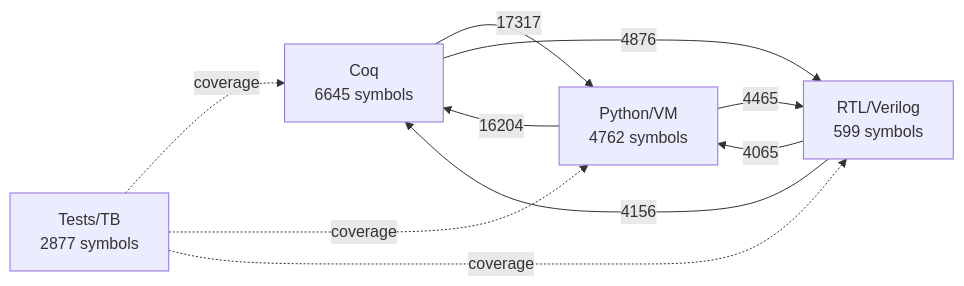
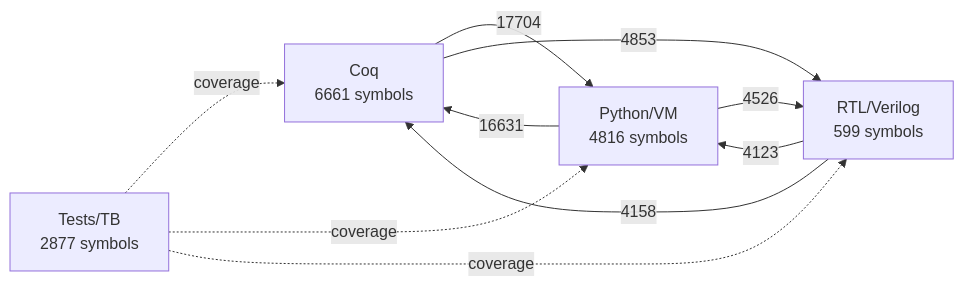
The first of 3 diagrams in artifacts/ATLAS.md (sethirus/The-Thiele-Machine), drawn with Mermaid before and after one commit. The commit also changed other lines of this file and 11 other files, not shown here.

````diff
--- a/artifacts/ATLAS.md
+++ b/artifacts/ATLAS.md
@@ -647,16 +652,16 @@
 ```mermaid
 flowchart LR
-  C["Coq\n6645 symbols"]
-  P["Python/VM\n4762 symbols"]
+  C["Coq\n6661 symbols"]
+  P["Python/VM\n4816 symbols"]
   R["RTL/Verilog\n599 symbols"]
   T["Tests/TB\n2877 symbols"]
-  C -->|17317| P
-  P -->|16204| C
-  C -->|4876| R
-  R -->|4156| C
-  P -->|4465| R
-  R -->|4065| P
+  C -->|17704| P
+  P -->|16631| C
+  C -->|4853| R
+  R -->|4158| C
+  P -->|4526| R
+  R -->|4123| P
   T -. coverage .-> C
   T -. coverage .-> P
   T -. coverage .-> R
 ```
````
